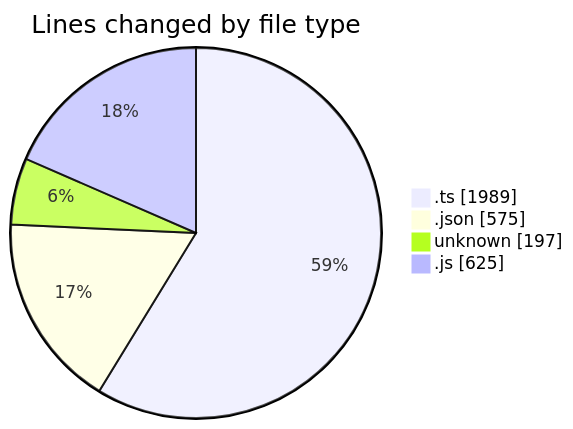
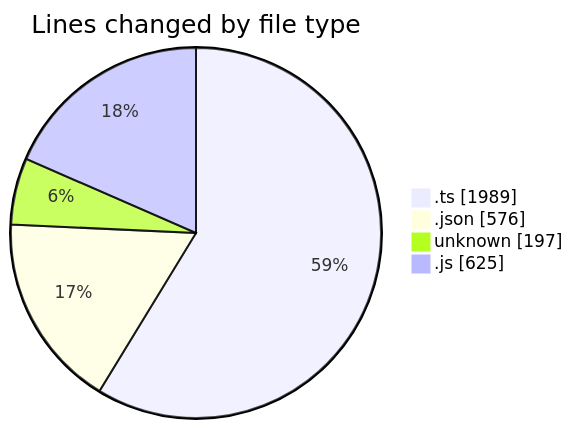
The first of 2 diagrams in 2025-08-24/chatgpt-extension/README.md (EIIisD/code-tracking), drawn with Mermaid before and after one commit. The commit also changed other lines of this file and 1 other file, not shown here.

````diff
--- a/2025-08-24/chatgpt-extension/README.md
+++ b/2025-08-24/chatgpt-extension/README.md
@@ -30,8 +30,8 @@
 ```mermaid
 pie showData
 title Lines changed by file type
 ".ts" : 1989
-".json" : 575
+".json" : 576
 "unknown" : 197
 ".js" : 625
 ```
````
